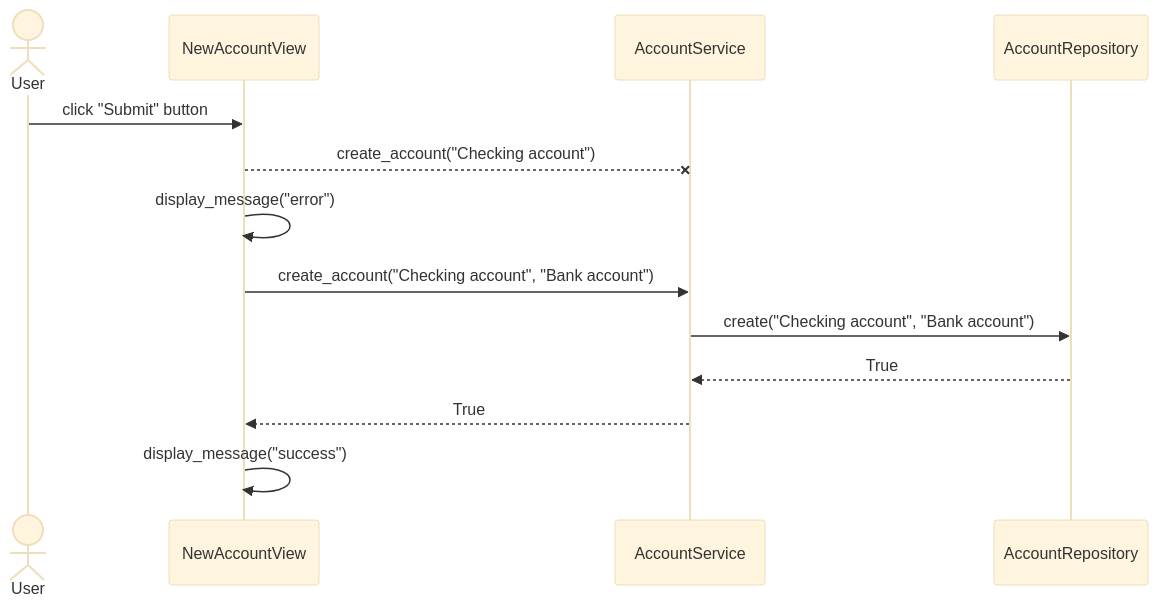
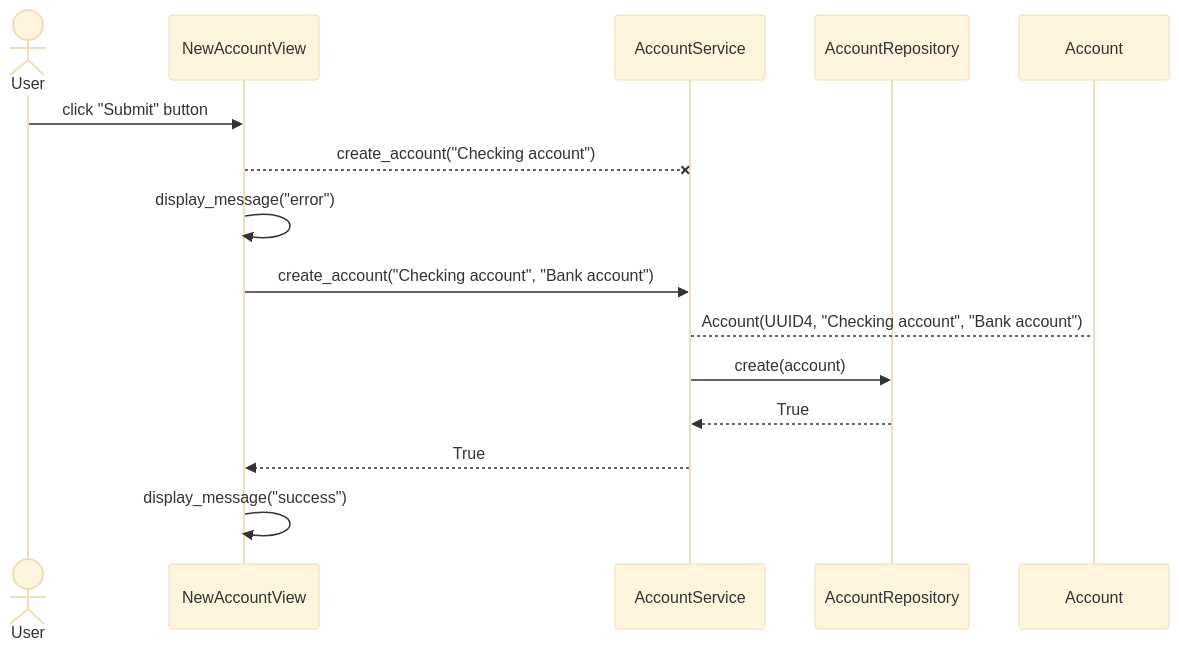
One commit to rikurauhala/yesan changed the first of 2 diagrams in documentation/architecture.md. Above: the diagram before and after it, drawn with Mermaid (base theme). The commit also changed other lines of this file, not shown here.

Commit message:
Update the diagram to depict new functionality

````diff
--- a/documentation/architecture.md
+++ b/documentation/architecture.md
@@ -9,15 +9,17 @@
 ```mermaid
 sequenceDiagram
     actor User
     participant NewAccountView
     participant AccountService
     participant AccountRepository
+    participant Account
     User->>NewAccountView: click "Submit" button
     NewAccountView--XAccountService: create_account("Checking account")
     NewAccountView->>NewAccountView: display_message("error")
     NewAccountView->>AccountService: create_account("Checking account", "Bank account")
-    AccountService->>AccountRepository: create("Checking account", "Bank account")
+    AccountService-->Account: Account(UUID4, "Checking account", "Bank account")
+    AccountService->>AccountRepository: create(account)
     AccountRepository-->>AccountService: True
     AccountService-->>NewAccountView: True
     NewAccountView->>NewAccountView: display_message("success")
 ```
````
